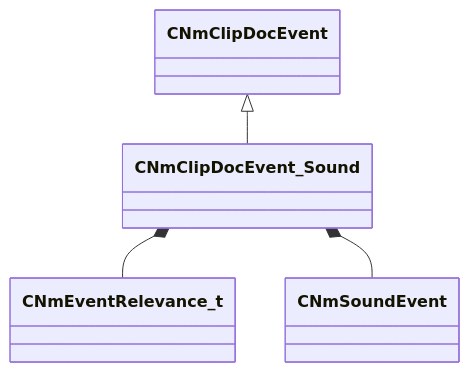
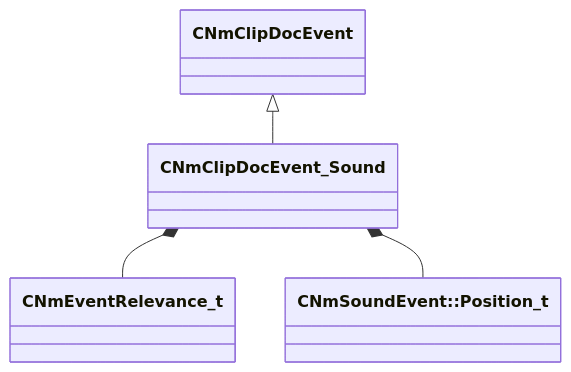
The diagram in docs/generated/schemas/animdoclib/CNmClipDocEvent_Sound.md (CS2OpenDev/CS2OpenDev-Docs), drawn with Mermaid before and after one commit. The commit also changed other lines of this file and 4525 other files, not shown here.

````diff
--- a/docs/generated/schemas/animdoclib/CNmClipDocEvent_Sound.md
+++ b/docs/generated/schemas/animdoclib/CNmClipDocEvent_Sound.md
@@ -17,6 +19,6 @@
 ```mermaid
 classDiagram
     CNmClipDocEvent <|-- CNmClipDocEvent_Sound
     CNmClipDocEvent_Sound *-- CNmEventRelevance_t
-    CNmClipDocEvent_Sound *-- CNmSoundEvent
+    CNmClipDocEvent_Sound *-- `CNmSoundEvent::Position_t`
 ```
````
